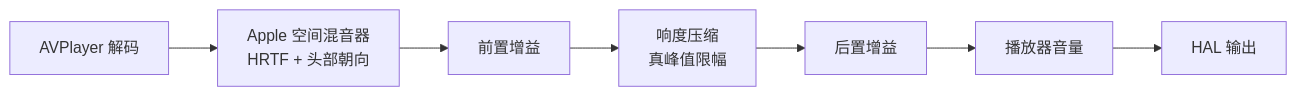
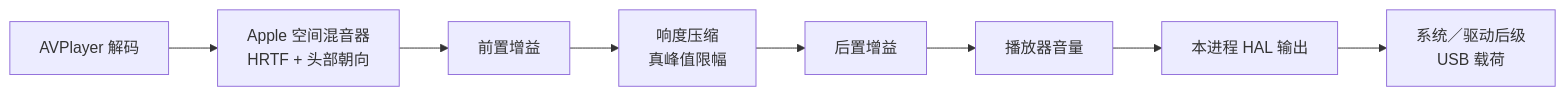
The diagram in README.md (SakuzyPeng/SpatialUnlockPlayer), drawn with Mermaid before and after one commit. The commit also changed other lines of this file and 2 other files, not shown here.

First line of the commit message:
docs: reflect USB PCM comparison and CI builds in README

````diff
--- a/README.md
+++ b/README.md
@@ -37,9 +38,10 @@
 ```mermaid
 flowchart LR
     P[AVPlayer 解码] --> S[Apple 空间混音器<br/>HRTF + 头部朝向]
     S --> G1[前置增益]
     G1 --> D[响度压缩<br/>真峰值限幅]
     D --> G2[后置增益]
     G2 --> V[播放器音量]
-    V --> H[HAL 输出]
+    V --> H[本进程 HAL 输出]
+    H --> U[系统／驱动后级<br/>USB 载荷]
 ```
````
